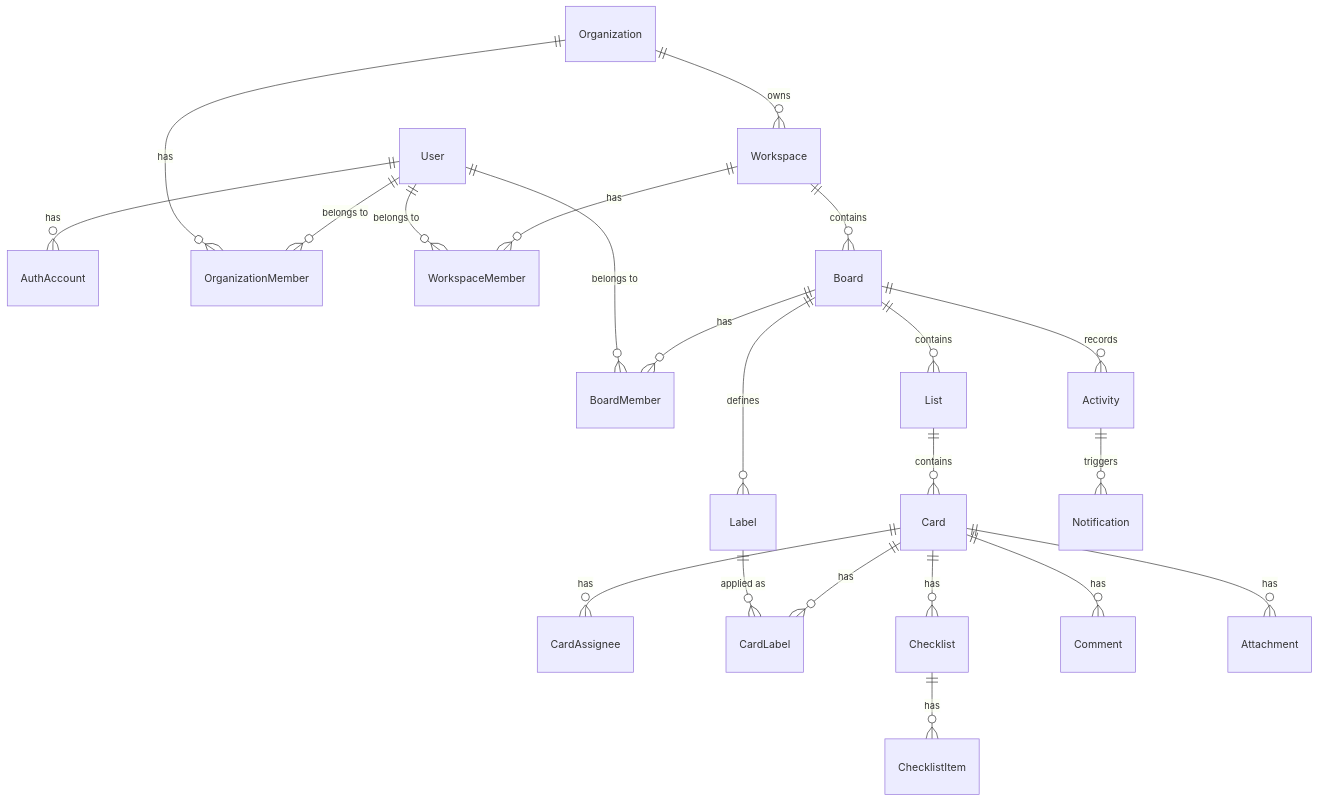
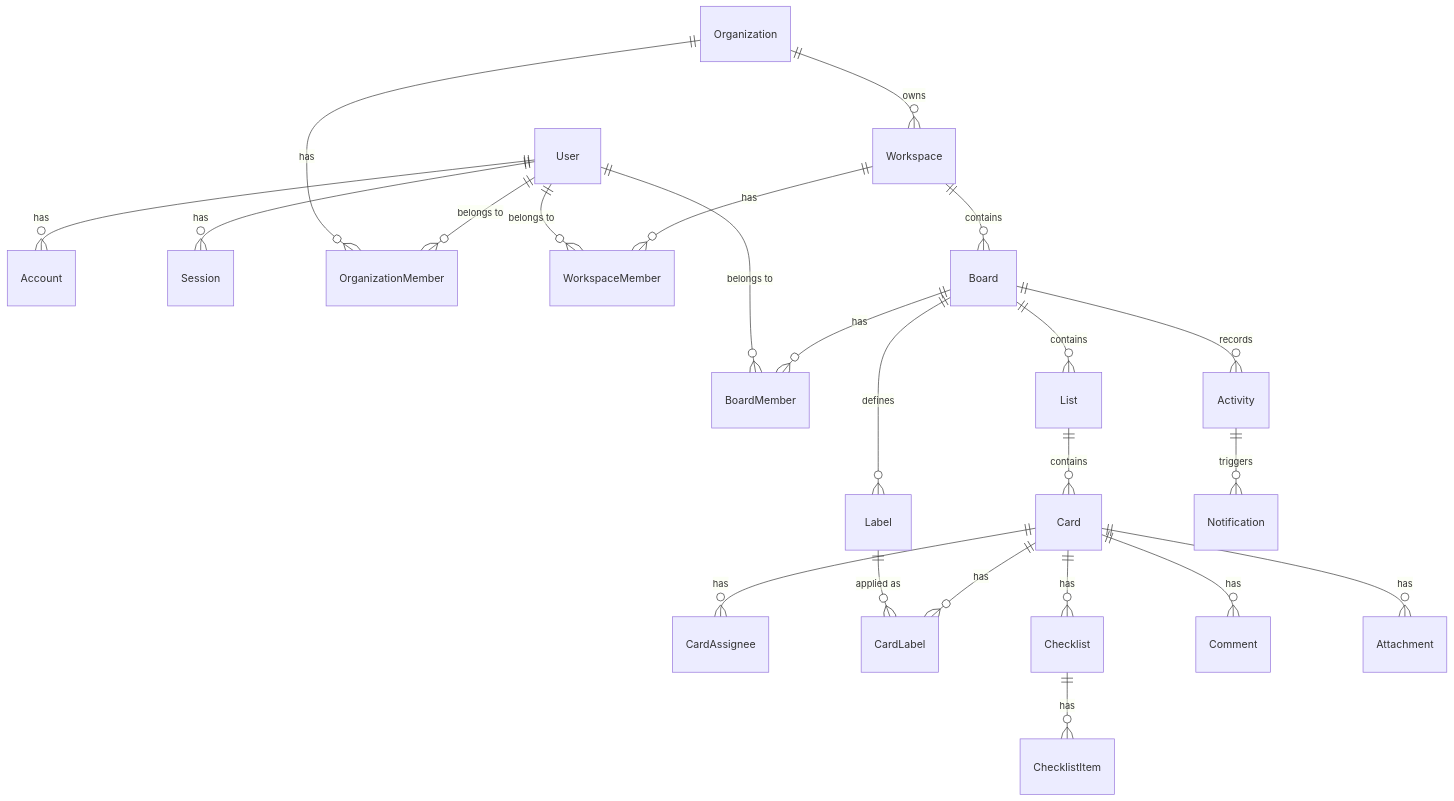
The third of 3 diagrams in docs/ARCHITECTURE.md (hyunsoo3787/flowbit), drawn with Mermaid before and after one commit. The commit also changed other lines of this file and 19 other files, not shown here.

````diff
--- a/docs/ARCHITECTURE.md
+++ b/docs/ARCHITECTURE.md
@@ -208,24 +214,25 @@
 ```mermaid
 erDiagram
-    User ||--o{ AuthAccount : has
+    User ||--o{ Account : has
+    User ||--o{ Session : has
     User ||--o{ OrganizationMember : "belongs to"
     Organization ||--o{ OrganizationMember : has
     Organization ||--o{ Workspace : owns
     Workspace ||--o{ WorkspaceMember : has
     User ||--o{ WorkspaceMember : "belongs to"
     Workspace ||--o{ Board : contains
     Board ||--o{ BoardMember : has
     User ||--o{ BoardMember : "belongs to"
     Board ||--o{ List : contains
     Board ||--o{ Label : defines
     List ||--o{ Card : contains
     Card ||--o{ CardAssignee : has
     Card ||--o{ CardLabel : has
     Label ||--o{ CardLabel : "applied as"
     Card ||--o{ Checklist : has
     Checklist ||--o{ ChecklistItem : has
     Card ||--o{ Comment : has
     Card ||--o{ Attachment : has
     Board ||--o{ Activity : records
     Activity ||--o{ Notification : triggers
 ```
````
